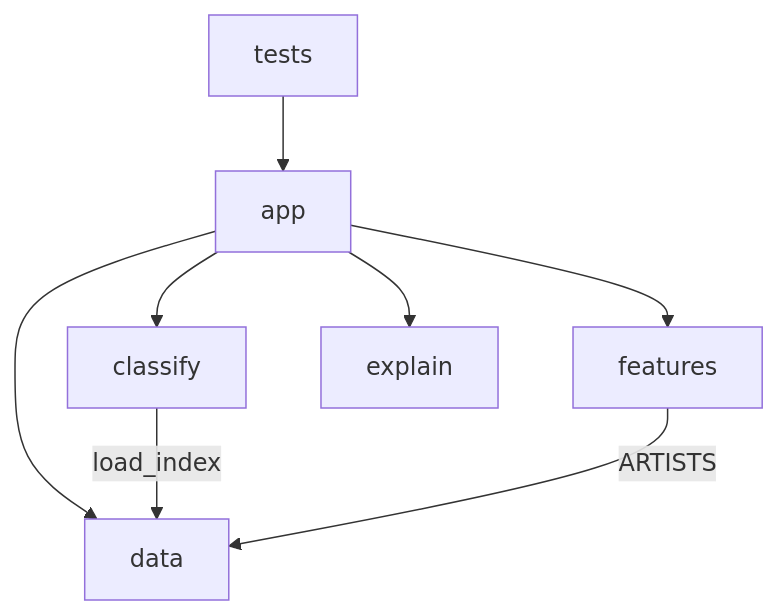
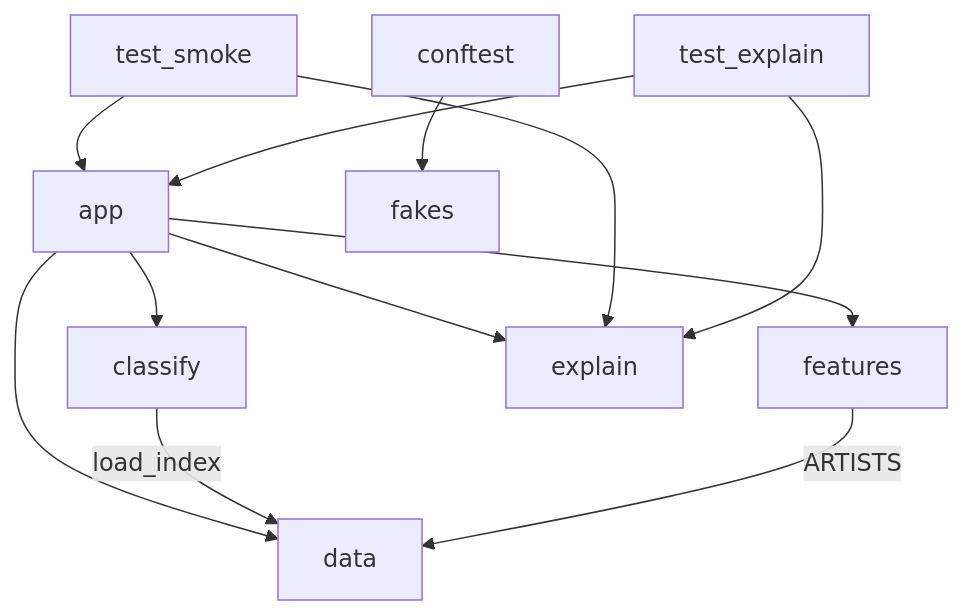
One commit to art-style-mirror-team/art-style-mirror changed the diagram in aidlc/spaces/default/codekb/art-style-mirror/dependencies.md. Above: the diagram before and after it, drawn with Mermaid. The commit also changed other lines of this file and 8 other files, not shown here.

````diff
--- a/aidlc/spaces/default/codekb/art-style-mirror/dependencies.md
+++ b/aidlc/spaces/default/codekb/art-style-mirror/dependencies.md
@@ -20,10 +23,14 @@
 ```mermaid
 flowchart TD
     app --> data
     app --> classify
     app --> features
     app --> explain
     classify -->|"load_index"| data
     features -->|"ARTISTS"| data
-    tests --> app
+    test_smoke --> app
+    test_smoke --> explain
+    test_explain --> explain
+    test_explain --> app
+    conftest --> fakes
 ```
````
